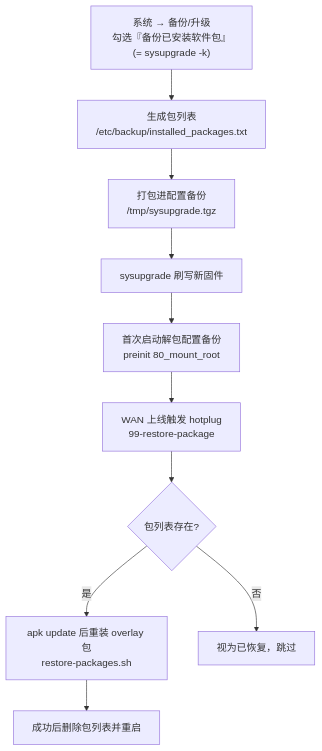
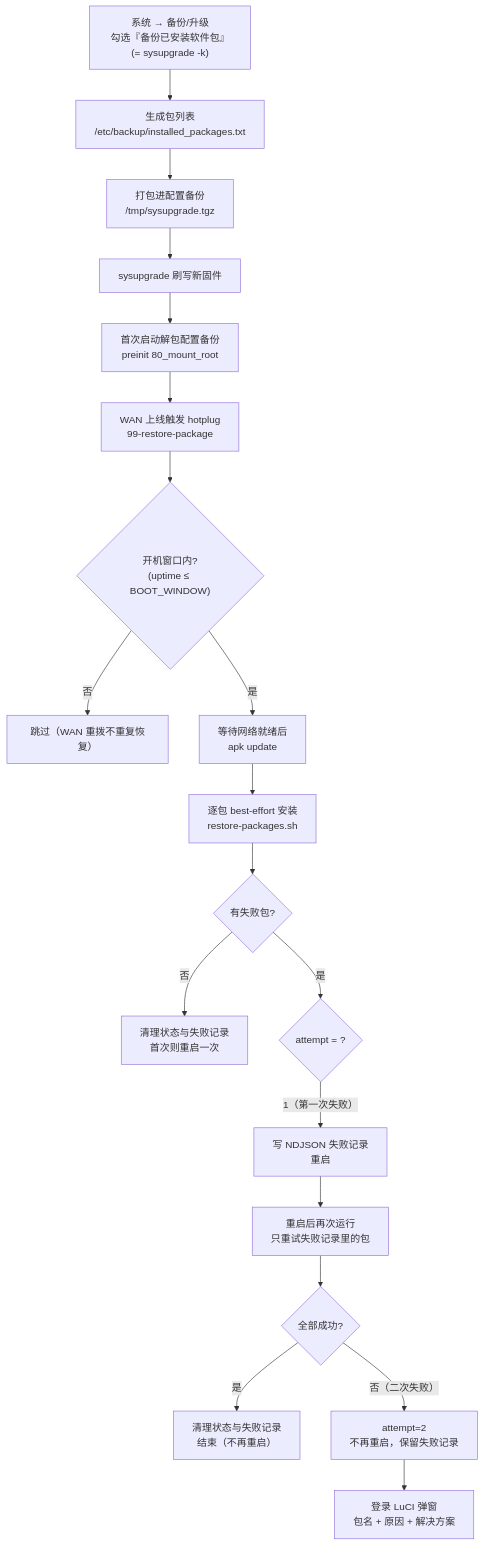
Before and after one commit to Shuery-Shuai/ImmortalWrt-BPI-R4-Firmware: the second of 3 diagrams in README.md, drawn with Mermaid. The commit also changed other lines of this file and 24 other files, not shown here.

````diff
--- a/README.md
+++ b/README.md
@@ -402,12 +402,21 @@
 ```mermaid
 flowchart TD
     A["系统 → 备份/升级<br/>勾选『备份已安装软件包』(= sysupgrade -k)"] --> B["生成包列表<br/>/etc/backup/installed_packages.txt"]
     B --> C["打包进配置备份<br/>/tmp/sysupgrade.tgz"]
     C --> D[sysupgrade 刷写新固件]
     D --> E["首次启动解包配置备份<br/>preinit 80_mount_root"]
     E --> F["WAN 上线触发 hotplug<br/>99-restore-package"]
-    F --> G{"包列表存在?"}
-    G -->|是| H["apk update 后重装 overlay 包<br/>restore-packages.sh"]
-    G -->|否| I["视为已恢复，跳过"]
-    H --> J["成功后删除包列表并重启"]
+    F --> G{"开机窗口内?<br/>(uptime ≤ BOOT_WINDOW)"}
+    G -->|否| X["跳过（WAN 重拨不重复恢复）"]
+    G -->|是| H["等待网络就绪后<br/>apk update"]
+    H --> I["逐包 best-effort 安装<br/>restore-packages.sh"]
+    I --> J{"有失败包?"}
+    J -->|否| K["清理状态与失败记录<br/>首次则重启一次"]
+    J -->|是| L{"attempt = ?"}
+    L -->|1（第一次失败）| M["写 NDJSON 失败记录<br/>重启"]
+    M --> N["重启后再次运行<br/>只重试失败记录里的包"]
+    N --> O{"全部成功?"}
+    O -->|是| P["清理状态与失败记录<br/>结束（不再重启）"]
+    O -->|否（二次失败）| Q["attempt=2<br/>不再重启，保留失败记录"]
+    Q --> R["登录 LuCI 弹窗<br/>包名 + 原因 + 解决方案"]
 ```
````
